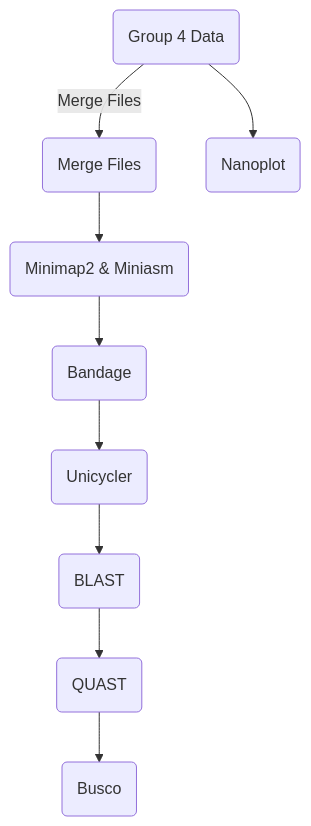
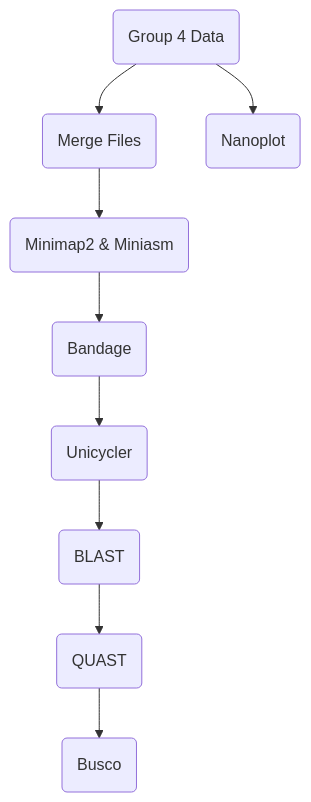
The diagram in README.md (mzywj2/Project-1---Group-4-Genome-Assembly), drawn with Mermaid before and after one commit.

````diff
--- a/README.md
+++ b/README.md
@@ -297,12 +297,12 @@
 ```mermaid
 graph TD;
-A(Group 4 Data)-->|Merge Files|B(Merge Files);
+A(Group 4 Data)-->B(Merge Files);
     B-->C(Minimap2 & Miniasm);
     C-->D(Bandage);
     D-->E(Unicycler);
     E-->F(BLAST);
     F-->G(QUAST);
     G-->H(Busco);
     A-->I(Nanoplot);
 
 ```
````
